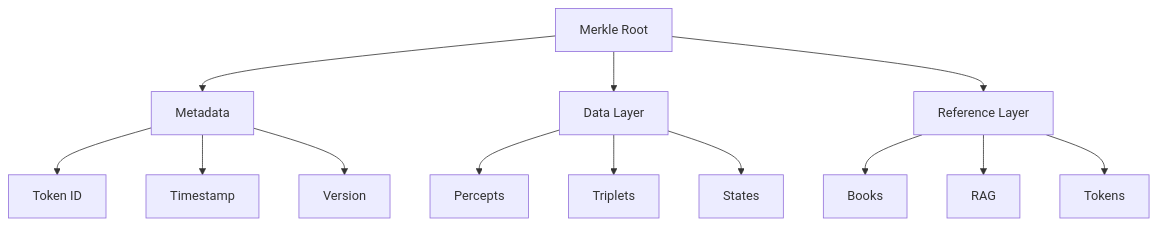
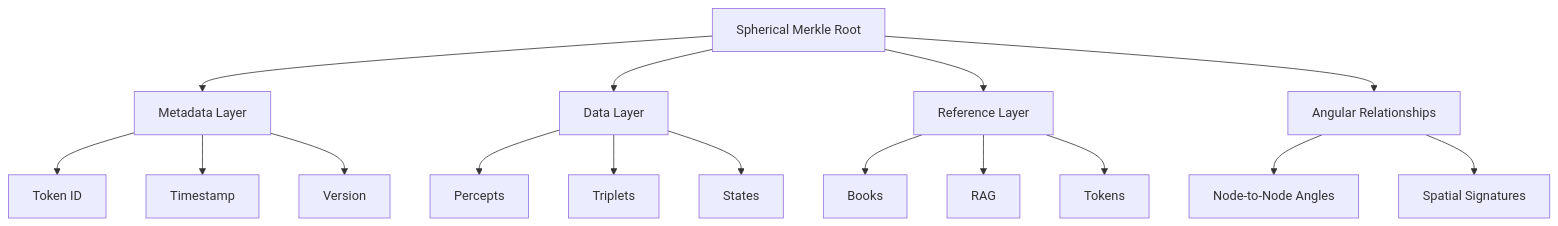
One commit to heavyblotto/memorativa changed the second of 3 diagrams in docs/2. the cybernetic system/memorativa-2-16-glass-bead-tokens.md. Above: the diagram before and after it, drawn with Mermaid. The commit also changed other lines of this file and 71 other files, not shown here.

````diff
--- a/docs/2. the cybernetic system/memorativa-2-16-glass-bead-tokens.md
+++ b/docs/2. the cybernetic system/memorativa-2-16-glass-bead-tokens.md
@@ -290,18 +618,22 @@
 ```mermaid
 graph TD
-    M[Merkle Root] --> MD[Metadata]
-    M --> DL[Data Layer]
-    M --> RL[Reference Layer]
+    SMR[Spherical Merkle Root] --> MD[Metadata Layer]
+    SMR --> DL[Data Layer]
+    SMR --> RL[Reference Layer]
     
     MD --> MI[Token ID]
     MD --> MT[Timestamp]
     MD --> MV[Version]
     
     DL --> DP[Percepts]
     DL --> DT[Triplets]
     DL --> DS[States]
     
     RL --> RB[Books]
     RL --> RR[RAG]
     RL --> RT[Tokens]
+    
+    SMR --> AR[Angular Relationships]
+    AR --> A1[Node-to-Node Angles]
+    AR --> SS[Spatial Signatures]
 ```
````
